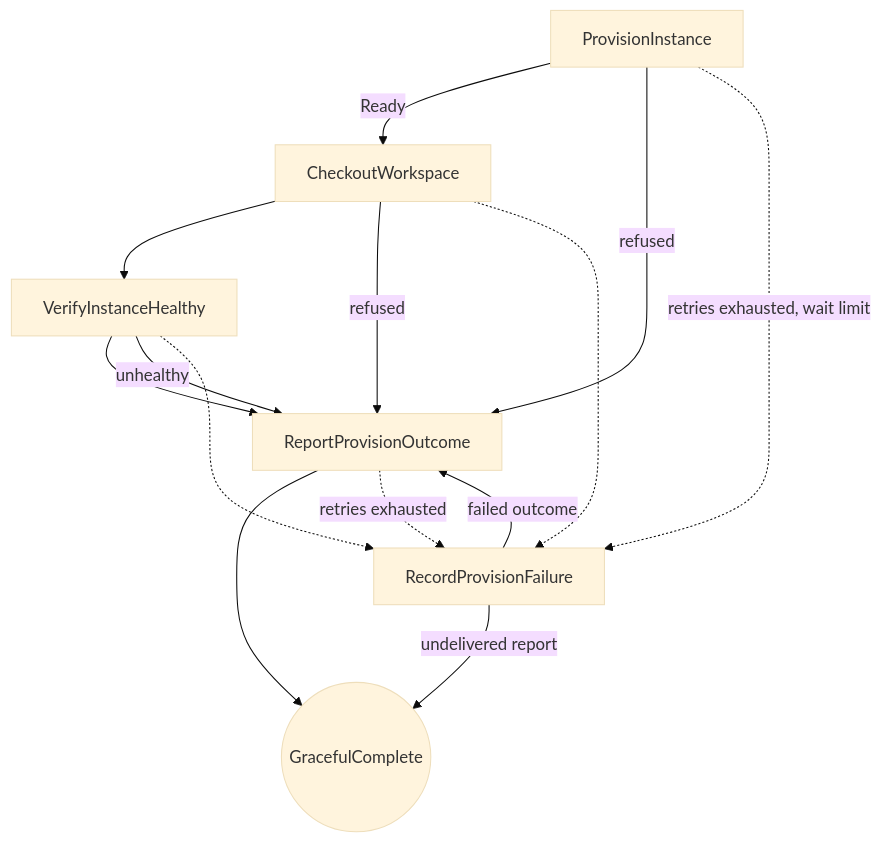
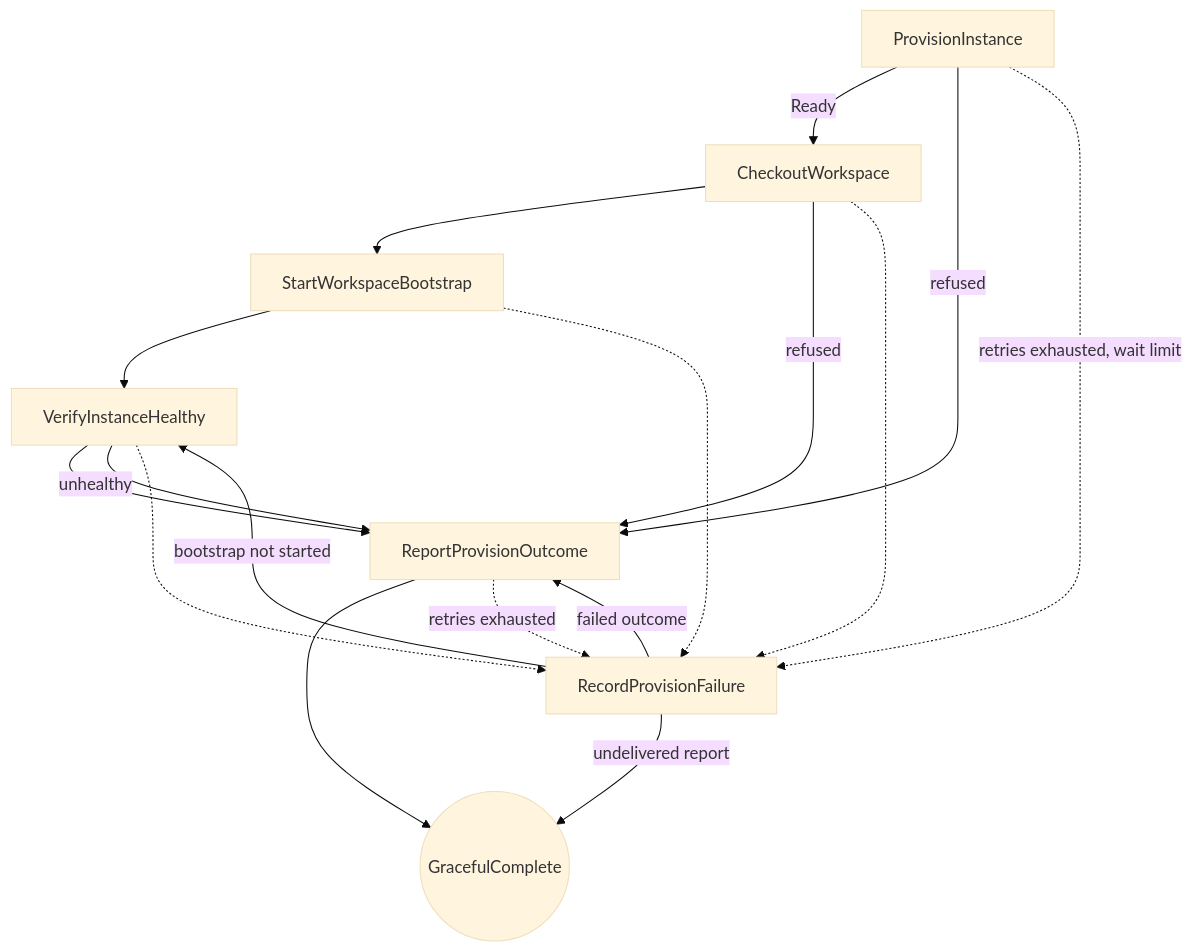
The second of 2 diagrams in internal/dexai/agents/sandbox/provision/README.md (superdurable/superverse), drawn with Mermaid (base theme) before and after one commit. The commit also changed other lines of this file and 38 other files, not shown here.

First line of the commit message:
PERF1: Seed the coding image's caches, start bootstrap with the workspace and overlap the gate

````diff
--- a/internal/dexai/agents/sandbox/provision/README.md
+++ b/internal/dexai/agents/sandbox/provision/README.md
@@ -128,14 +132,16 @@
 ```mermaid
 flowchart TD
-  ProvisionInstance -->|Ready| CheckoutWorkspace --> VerifyInstanceHealthy --> ReportProvisionOutcome
+  ProvisionInstance -->|Ready| CheckoutWorkspace --> StartWorkspaceBootstrap --> VerifyInstanceHealthy --> ReportProvisionOutcome
   ProvisionInstance -->|refused| ReportProvisionOutcome
   CheckoutWorkspace -->|refused| ReportProvisionOutcome
   VerifyInstanceHealthy -->|unhealthy| ReportProvisionOutcome
   ProvisionInstance -.->|retries exhausted, wait limit| RecordProvisionFailure
   CheckoutWorkspace -.-> RecordProvisionFailure
+  StartWorkspaceBootstrap -.-> RecordProvisionFailure
+  RecordProvisionFailure -->|bootstrap not started| VerifyInstanceHealthy
   VerifyInstanceHealthy -.-> RecordProvisionFailure
   RecordProvisionFailure -->|failed outcome| ReportProvisionOutcome
   ReportProvisionOutcome --> Completed((GracefulComplete))
   ReportProvisionOutcome -.->|retries exhausted| RecordProvisionFailure
   RecordProvisionFailure -->|undelivered report| Completed
 ```
````
